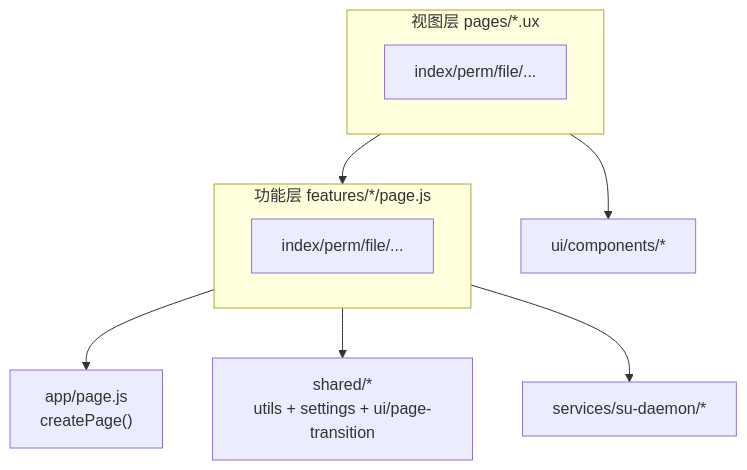
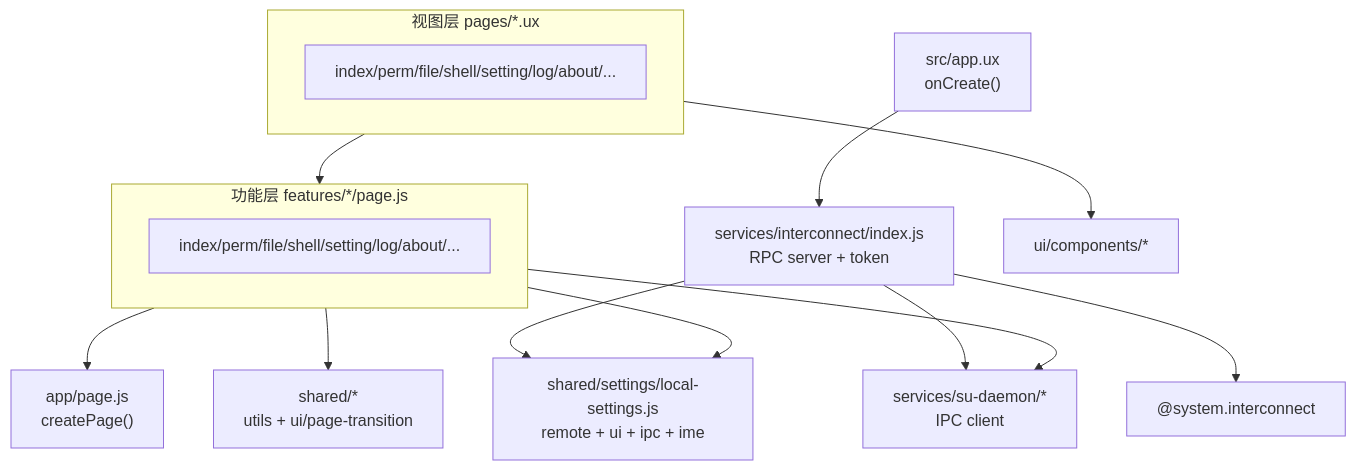
One commit to FangAiden/Vela-Shell-Bridge changed the fifth of 5 diagrams in README.md. Above: the diagram before and after it, drawn with Mermaid. The commit also changed other lines of this file, not shown here.

````diff
--- a/README.md
+++ b/README.md
@@ -510,21 +620,32 @@
 ```mermaid
 flowchart TB
+  AppEntry["src/app.ux<br/>onCreate()"]
+  InterconnectAPI["@system.interconnect"]
+  Bridge["services/interconnect/index.js<br/>RPC server + token"]
+  SuDaemon["services/su-daemon/*<br/>IPC client"]
+  LocalSettings["shared/settings/local-settings.js<br/>remote + ui + ipc + ime"]
+
   subgraph Pages["视图层 pages/*.ux"]
-    Ux["index/perm/file/..."]
+    Ux["index/perm/file/shell/setting/log/about/..."]
   end
 
   subgraph Features["功能层 features/*/page.js"]
-    F["index/perm/file/..."]
+    F["index/perm/file/shell/setting/log/about/..."]
   end
 
   Base["app/page.js<br/>createPage()"]
-  Shared["shared/*<br/>utils + settings + ui/page-transition"]
+  Shared["shared/*<br/>utils + ui/page-transition"]
   UI["ui/components/*"]
-  Services["services/su-daemon/*"]
+
+  AppEntry --> Bridge
+  Bridge --> InterconnectAPI
+  Bridge --> SuDaemon
+  Bridge --> LocalSettings
 
   Pages --> Features
   Pages --> UI
   Features --> Base
   Features --> Shared
-  Features --> Services
+  Features --> LocalSettings
+  Features --> SuDaemon
 ```
````
